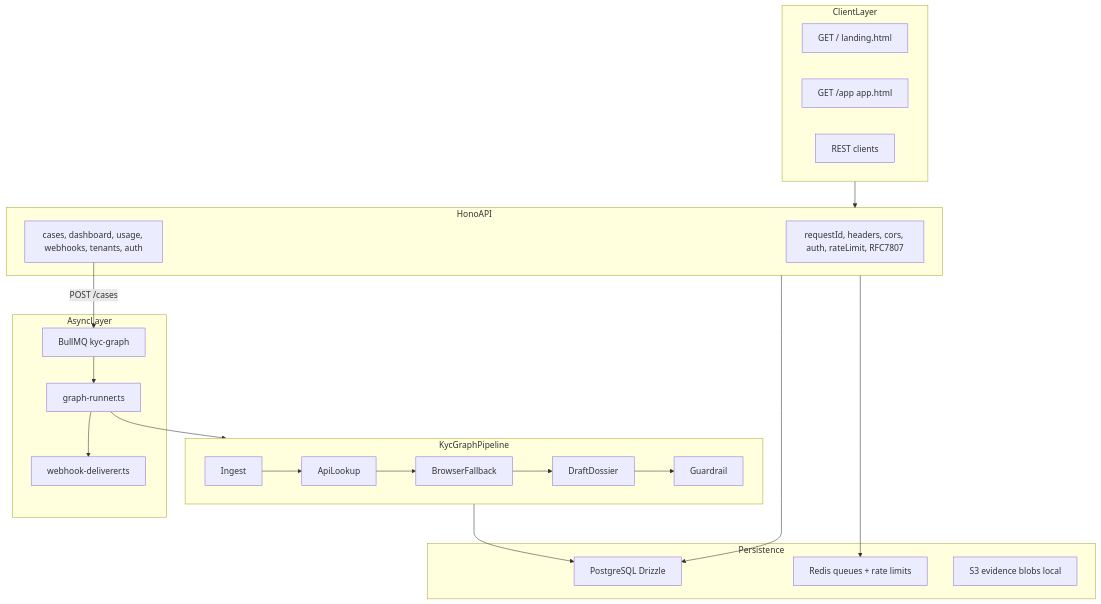
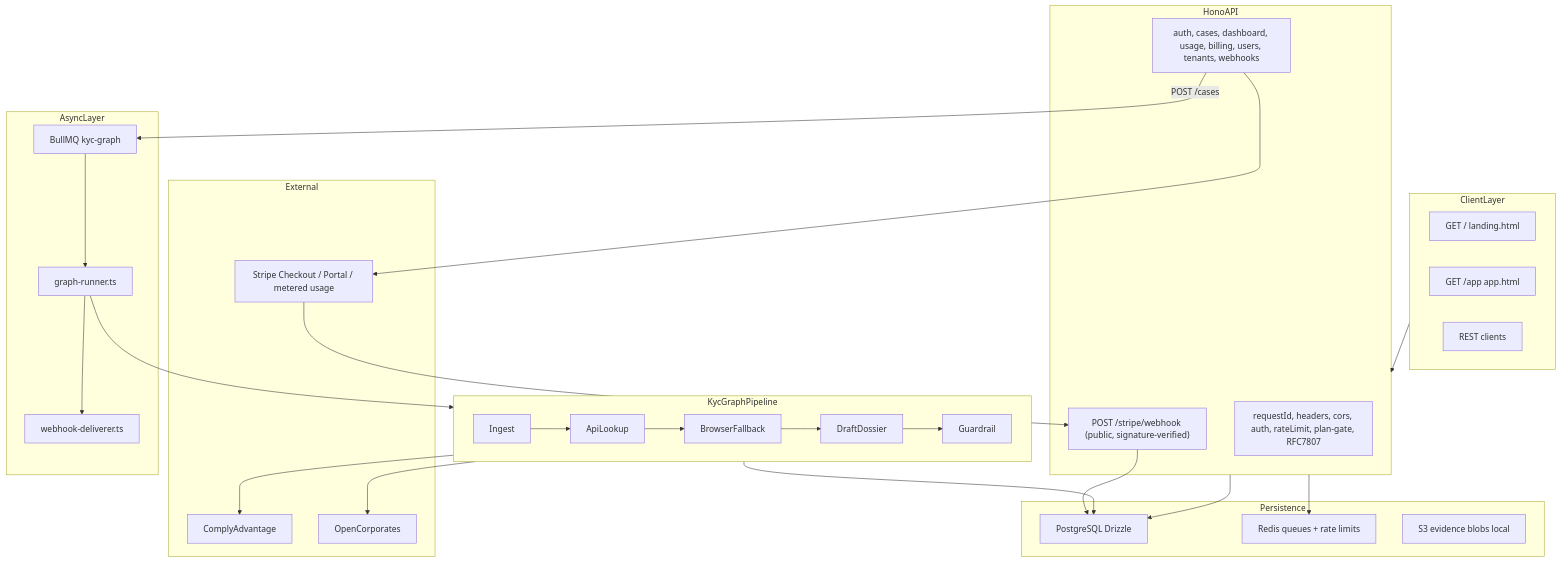
Before and after one commit to kakashi3lite/kyc-copilot: the diagram in docs/ARCHITECTURE_CONTEXT.md, drawn with Mermaid. The commit also changed other lines of this file and 85 other files, not shown here.

````diff
--- a/docs/ARCHITECTURE_CONTEXT.md
+++ b/docs/ARCHITECTURE_CONTEXT.md
@@ -47,38 +47,50 @@
 ```mermaid
 flowchart TB
   subgraph client [ClientLayer]
     Landing["GET / landing.html"]
     App["GET /app app.html"]
     API["REST clients"]
   end
 
   subgraph api [HonoAPI]
-    MW["requestId, headers, cors, auth, rateLimit, RFC7807"]
-    Routes["cases, dashboard, usage, webhooks, tenants, auth"]
+    MW["requestId, headers, cors, auth, rateLimit, plan-gate, RFC7807"]
+    Routes["auth, cases, dashboard, usage, billing, users, tenants, webhooks"]
+    StripeWH["POST /stripe/webhook (public, signature-verified)"]
+  end
+
+  subgraph ext [External]
+    Stripe["Stripe Checkout / Portal / metered usage"]
+    CA["ComplyAdvantage"]
+    OC["OpenCorporates"]
   end
 
   subgraph async [AsyncLayer]
     GraphQueue["BullMQ kyc-graph"]
     GraphWorker["graph-runner.ts"]
     WebhookWorker["webhook-deliverer.ts"]
   end
 
   subgraph core [KycGraphPipeline]
     Ingest --> ApiLookup --> BrowserFallback --> DraftDossier --> Guardrail
   end
 
   subgraph data [Persistence]
     PG["PostgreSQL Drizzle"]
     Redis["Redis queues + rate limits"]
     MinIO["S3 evidence blobs local"]
   end
 
   client --> api
   Routes -->|"POST /cases"| GraphQueue
   GraphQueue --> GraphWorker
   GraphWorker --> core
   core --> PG
   GraphWorker --> WebhookWorker
   api --> PG
   api --> Redis
+  Routes --> Stripe
+  Stripe --> StripeWH
+  StripeWH --> PG
+  core --> CA
+  core --> OC
 ```
````
